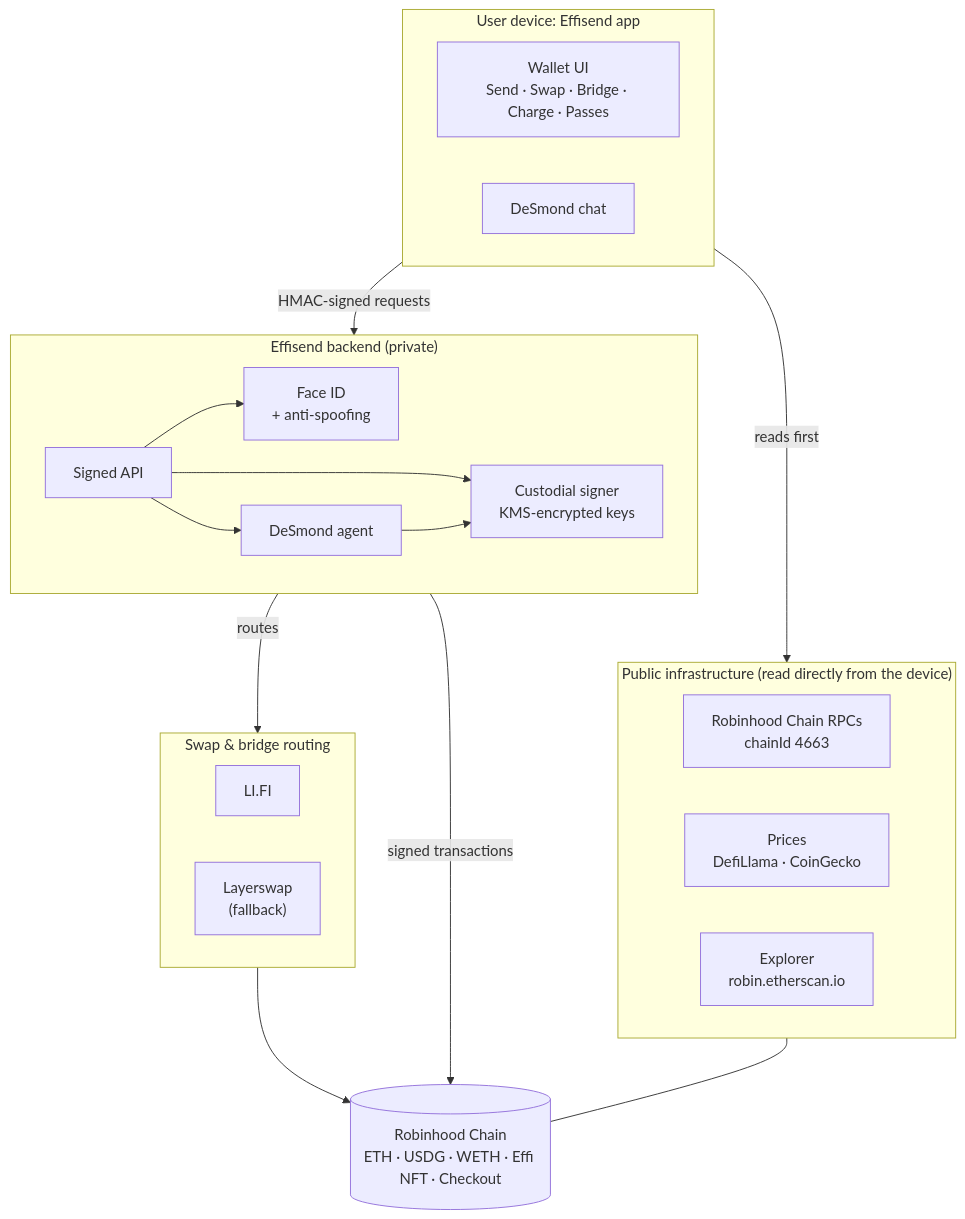
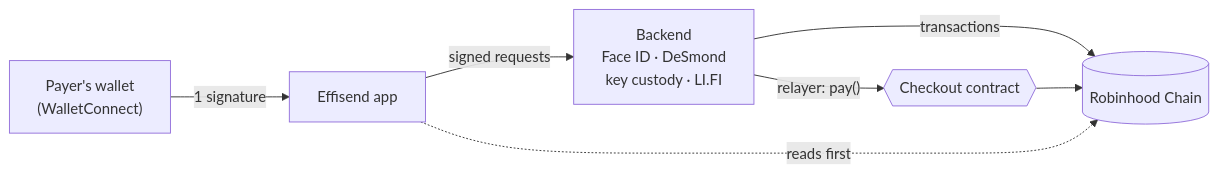
Before and after one commit to altaga/Effisend-RH: the seventh of 7 diagrams in README.md, drawn with Mermaid. The commit also changed other lines of this file and 2 other files, not shown here.

First line of the commit message:
README: short and visual; the Checkout smart contract gets its own section

````diff
--- a/README.md
+++ b/README.md
@@ -372,42 +170,9 @@
 ```mermaid
-flowchart TB
-  subgraph Device["User device: Effisend app"]
-    direction LR
-    UI["Wallet UI<br/>Send · Swap · Bridge · Charge · Passes"]
-    AG["DeSmond chat"]
-  end
-
-  subgraph Public["Public infrastructure (read directly from the device)"]
-    direction LR
-    RPC["Robinhood Chain RPCs<br/>chainId 4663"]
-    PX["Prices<br/>DefiLlama · CoinGecko"]
-    EXP["Explorer<br/>robin.etherscan.io"]
-  end
-
-  subgraph Backend["Effisend backend (private)"]
-    direction LR
-    API["Signed API"]
-    FACE["Face ID<br/>+ anti-spoofing"]
-    DES["DeSmond agent"]
-    CUS["Custodial signer<br/>KMS-encrypted keys"]
-  end
-
-  subgraph Routing["Swap & bridge routing"]
-    direction LR
-    LIFI["LI.FI"]
-    LS["Layerswap<br/>(fallback)"]
-  end
-
-  RH[("Robinhood Chain<br/>ETH · USDG · WETH · Effi NFT · Checkout")]
-
-  Device -- "reads first" --> Public
-  Device -- "HMAC-signed requests" --> API
-  API --> FACE
-  API --> DES
-  API --> CUS
-  DES --> CUS
-  CUS -- "signed transactions" --> RH
-  CUS -- "routes" --> Routing
-  Routing --> RH
-  RPC --- RH
+flowchart LR
+  W["Payer's wallet<br/>(WalletConnect)"] -- "1 signature" --> A["Effisend app"]
+  A -- "signed requests" --> B["Backend<br/>Face ID · DeSmond<br/>key custody · LI.FI"]
+  B -- "transactions" --> R[("Robinhood Chain")]
+  B -- "relayer: pay()" --> C{{"Checkout contract"}}
+  C --> R
+  A -. "reads first" .-> R
 ```
````
